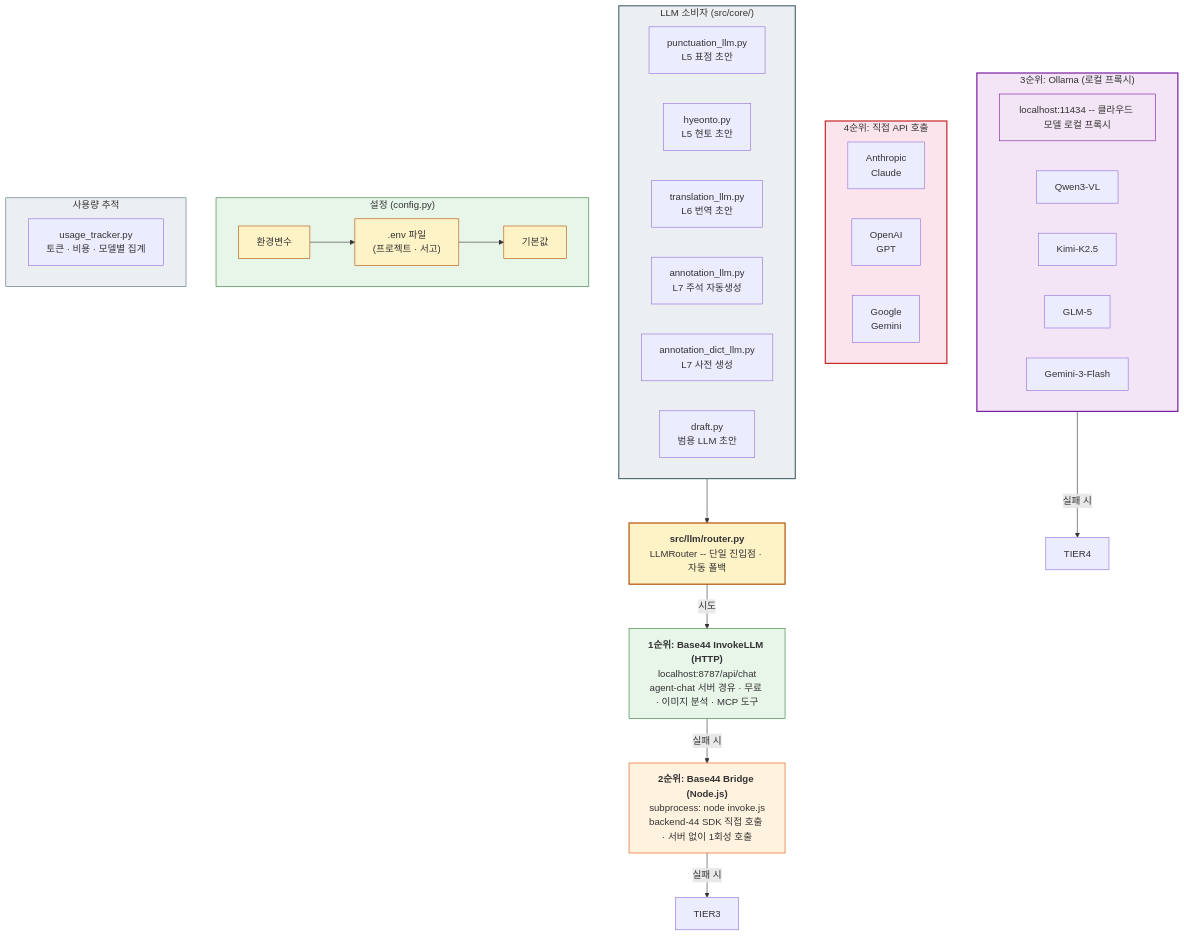
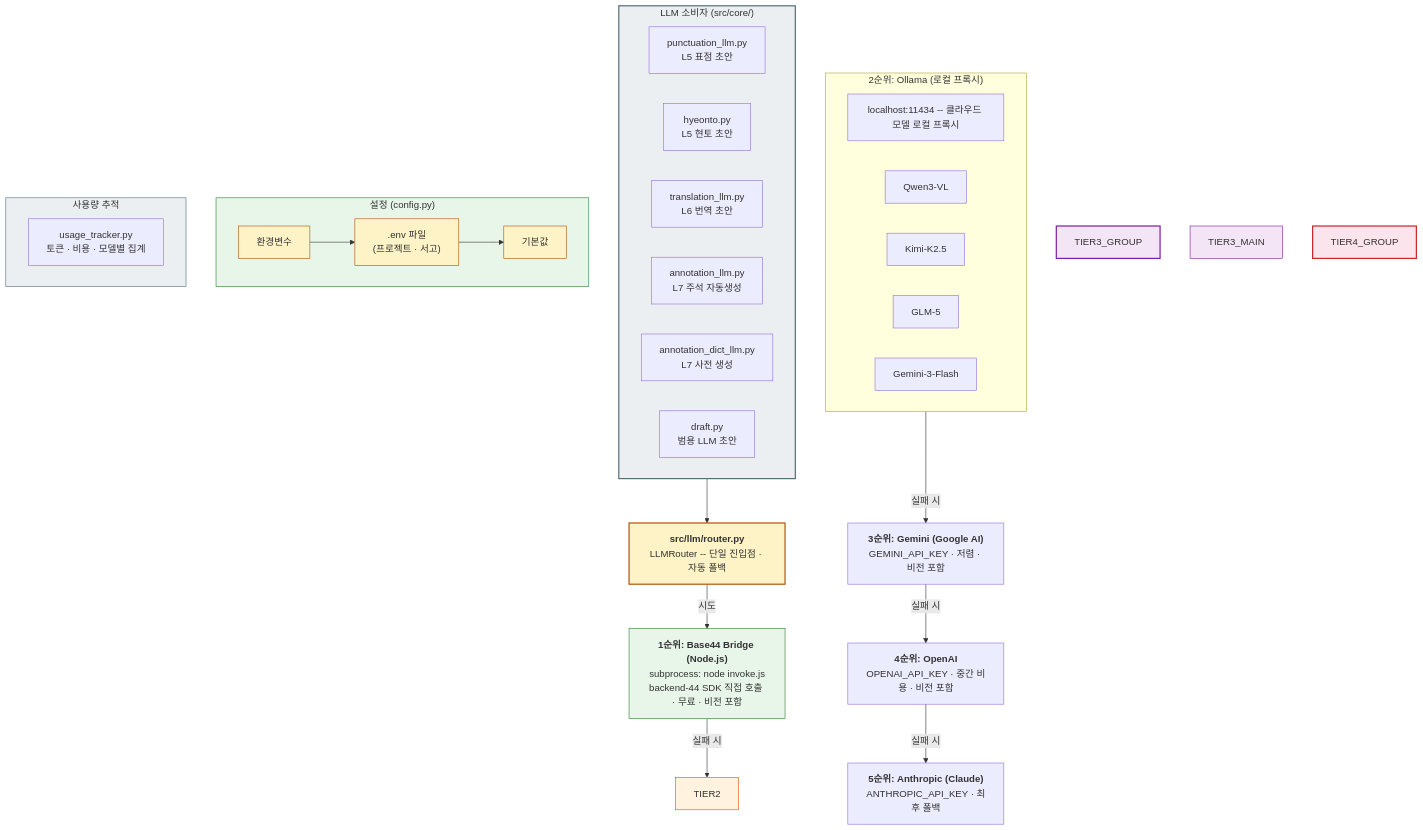
The fourth of 12 diagrams in docs/architecture-diagrams.md (hw725/classical-text-browser), drawn with Mermaid before and after one commit. The commit also changed other lines of this file and 1 other file, not shown here.

Commit message:
docs: 다이어그램 문서 LLM 4단→5단 폴백 반영
- architecture-diagrams.md (Mermaid): Base44 HTTP 제거, 5단 폴백 구조 재작성
- platform-v7.md: "4단 폴백"→"5단 폴백"

````diff
--- a/docs/architecture-diagrams.md
+++ b/docs/architecture-diagrams.md
@@ -260,63 +261,59 @@
 ```mermaid
 flowchart TB
     ENTRY["<b>src/llm/router.py</b><br/>LLMRouter -- 단일 진입점 · 자동 폴백"]
 
     ENTRY -->|"시도"| TIER1
-    TIER1["<b>1순위: Base44 InvokeLLM (HTTP)</b><br/>localhost:8787/api/chat<br/>agent-chat 서버 경유 · 무료 · 이미지 분석 · MCP 도구"]
+    TIER1["<b>1순위: Base44 Bridge (Node.js)</b><br/>subprocess: node invoke.js<br/>backend-44 SDK 직접 호출 · 무료 · 비전 포함"]
     TIER1 -->|"실패 시"| TIER2
-    TIER2["<b>2순위: Base44 Bridge (Node.js)</b><br/>subprocess: node invoke.js<br/>backend-44 SDK 직접 호출 · 서버 없이 1회성 호출"]
-    TIER2 -->|"실패 시"| TIER3
 
-    subgraph TIER3_GROUP["3순위: Ollama (로컬 프록시)"]
-        TIER3_MAIN["localhost:11434 -- 클라우드 모델 로컬 프록시"]
-        TIER3_M1["Qwen3-VL"]
-        TIER3_M2["Kimi-K2.5"]
-        TIER3_M3["GLM-5"]
-        TIER3_M4["Gemini-3-Flash"]
+    subgraph TIER2_GROUP["2순위: Ollama (로컬 프록시)"]
+        TIER2_MAIN["localhost:11434 -- 클라우드 모델 로컬 프록시"]
+        TIER2_M1["Qwen3-VL"]
+        TIER2_M2["Kimi-K2.5"]
+        TIER2_M3["GLM-5"]
+        TIER2_M4["Gemini-3-Flash"]
     end
 
-    TIER3_GROUP -->|"실패 시"| TIER4
-
-    subgraph TIER4_GROUP["4순위: 직접 API 호출"]
-        direction LR
-        T4_A["Anthropic<br/>Claude"]
-        T4_B["OpenAI<br/>GPT"]
-        T4_C["Google<br/>Gemini"]
-    end
+    TIER2_GROUP -->|"실패 시"| TIER3
+    TIER3["<b>3순위: Gemini (Google AI)</b><br/>GEMINI_API_KEY · 저렴 · 비전 포함"]
+    TIER3 -->|"실패 시"| TIER4
+    TIER4["<b>4순위: OpenAI</b><br/>OPENAI_API_KEY · 중간 비용 · 비전 포함"]
+    TIER4 -->|"실패 시"| TIER5
+    TIER5["<b>5순위: Anthropic (Claude)</b><br/>ANTHROPIC_API_KEY · 최후 폴백"]
 
     subgraph CONSUMERS["LLM 소비자 (src/core/)"]
         direction LR
         C1["punctuation_llm.py<br/>L5 표점 초안"]
         C2["hyeonto.py<br/>L5 현토 초안"]
         C3["translation_llm.py<br/>L6 번역 초안"]
         C4["annotation_llm.py<br/>L7 주석 자동생성"]
         C5["annotation_dict_llm.py<br/>L7 사전 생성"]
         C6["draft.py<br/>범용 LLM 초안"]
     end
 
     CONSUMERS --> ENTRY
 
     subgraph CONFIG["설정 (config.py)"]
         CF1["환경변수"]
         CF2[".env 파일<br/>(프로젝트 · 서고)"]
         CF3["기본값"]
         CF1 --> CF2 --> CF3
     end
 
     subgraph USAGE["사용량 추적"]
         UT["usage_tracker.py<br/>토큰 · 비용 · 모델별 집계"]
     end
 
     style ENTRY fill:#fef3c7,stroke:#b45309,stroke-width:2px
     style TIER1 fill:#e8f5e9,stroke:#2e7d32
     style TIER2 fill:#fff3e0,stroke:#e65100
     style TIER3_GROUP fill:#f3e5f5,stroke:#7b1fa2,stroke-width:2px
     style TIER3_MAIN fill:#f3e5f5,stroke:#7b1fa2
     style TIER4_GROUP fill:#fce4ec,stroke:#c62828,stroke-width:2px
     style CONSUMERS fill:#eceff1,stroke:#546e7a,stroke-width:2px
     style CONFIG fill:#e8f5e9,stroke:#2e7d32
     style CF1 fill:#fef3c7,stroke:#b45309
     style CF2 fill:#fef3c7,stroke:#b45309
     style CF3 fill:#fef3c7,stroke:#b45309
     style USAGE fill:#eceff1,stroke:#546e7a
 ```
````
